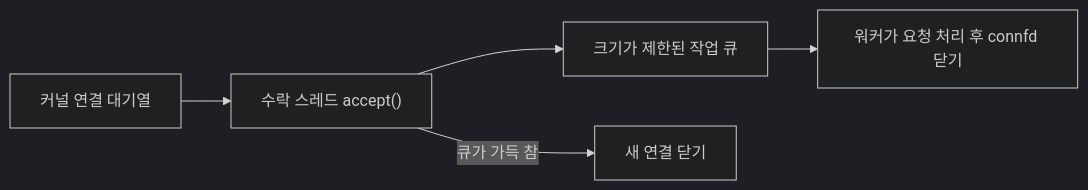
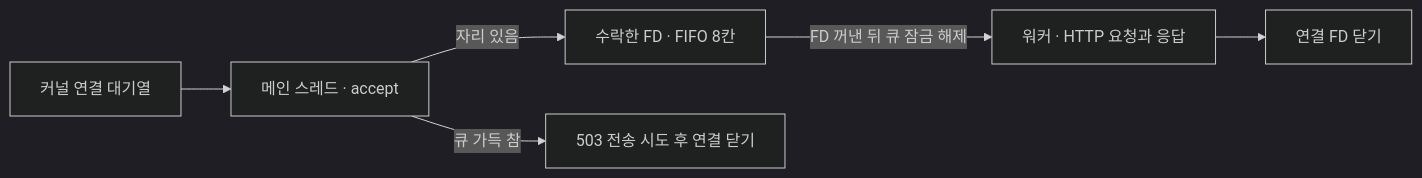
One commit to choimoohun/SW-AI-W13-Web-Server changed the diagram in docs/concurrency/workers.md. Above: the diagram before and after it, drawn with Mermaid (dark theme). The commit also changed other lines of this file and 15 other files, not shown here.

````diff
--- a/docs/concurrency/workers.md
+++ b/docs/concurrency/workers.md
@@ -15,7 +17,8 @@
 ```mermaid
 flowchart LR
-    Kernel[커널 연결 대기열] --> Accept["수락 스레드 accept()"]
-    Accept --> Queue[크기가 제한된 작업 큐]
-    Queue --> Worker["워커가 요청 처리 후 connfd 닫기"]
-    Accept -->|큐가 가득 참| Reject[새 연결 닫기]
+    Kernel["커널 연결 대기열"] --> Accept["메인 스레드 · accept"]
+    Accept -->|"자리 있음"| Queue["수락한 FD · FIFO 8칸"]
+    Queue -->|"FD 꺼낸 뒤 큐 잠금 해제"| Worker["워커 · HTTP 요청과 응답"]
+    Accept -->|"큐 가득 참"| Reject["503 전송 시도 후 연결 닫기"]
+    Worker --> Close["연결 FD 닫기"]
 ```
````
